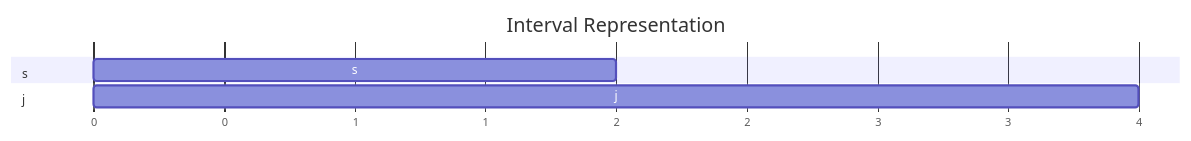
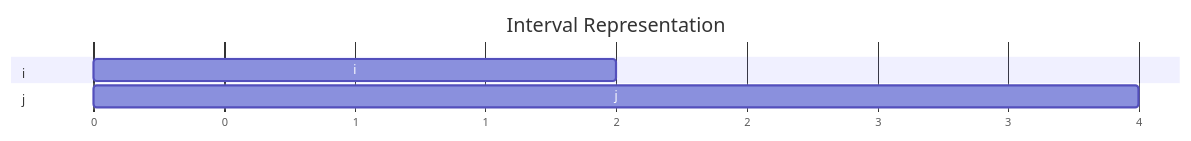
The first of 2 diagrams in content/Study Room/Algorithm 🧩/Design And Analysis Of Algorithms.md (berwingan/berwingan.github.io), drawn with Mermaid before and after one commit. The commit also changed other lines of this file, not shown here.

````diff
--- a/content/Study Room/Algorithm 🧩/Design And Analysis Of Algorithms.md
+++ b/content/Study Room/Algorithm 🧩/Design And Analysis Of Algorithms.md
@@ -24,11 +24,11 @@
 ```mermaid
 gantt
     title Interval Representation
     dateFormat X
     axisFormat %s
     
-    section s
-    s : 0, 2
+    section i
+    i : 0, 2
     section j
     j : 2, 4
 ```
````
